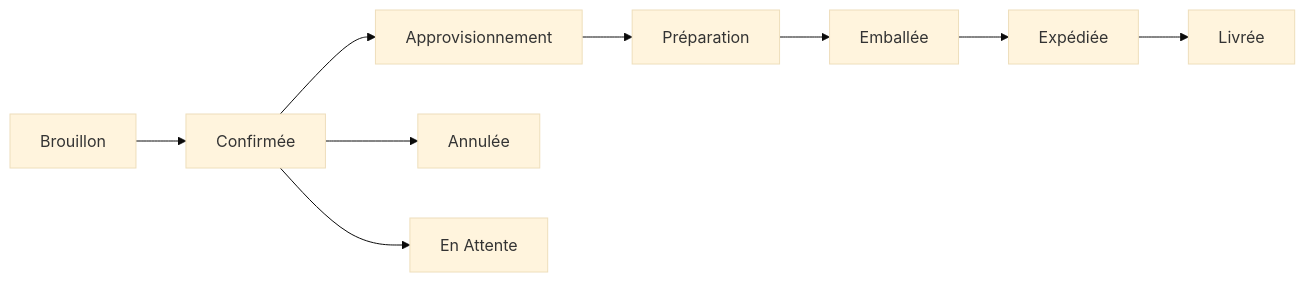
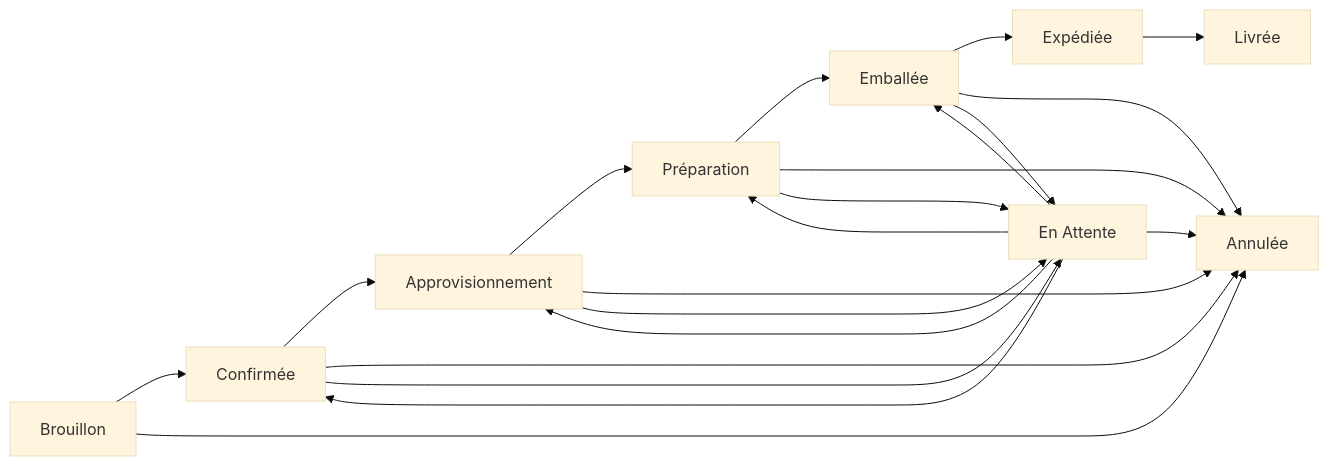
The diagram in docs/user-guide/orders.fr.md (librestock/documentation), drawn with Mermaid (base theme) before and after one commit. The commit also changed other lines of this file and 55 other files, not shown here.

````diff
--- a/docs/user-guide/orders.fr.md
+++ b/docs/user-guide/orders.fr.md
@@ -12,11 +9,23 @@
 ```mermaid
 graph LR
     A[Brouillon] --> B[Confirmée]
     B --> C[Approvisionnement]
     C --> D[Préparation]
     D --> E[Emballée]
     E --> F[Expédiée]
     F --> G[Livrée]
-    B --> H[Annulée]
+    A --> H[Annulée]
+    B --> H
+    C --> H
+    D --> H
+    E --> H
     B --> I[En Attente]
+    C --> I
+    D --> I
+    E --> I
+    I --> H
+    I --> B
+    I --> C
+    I --> D
+    I --> E
 ```
````
